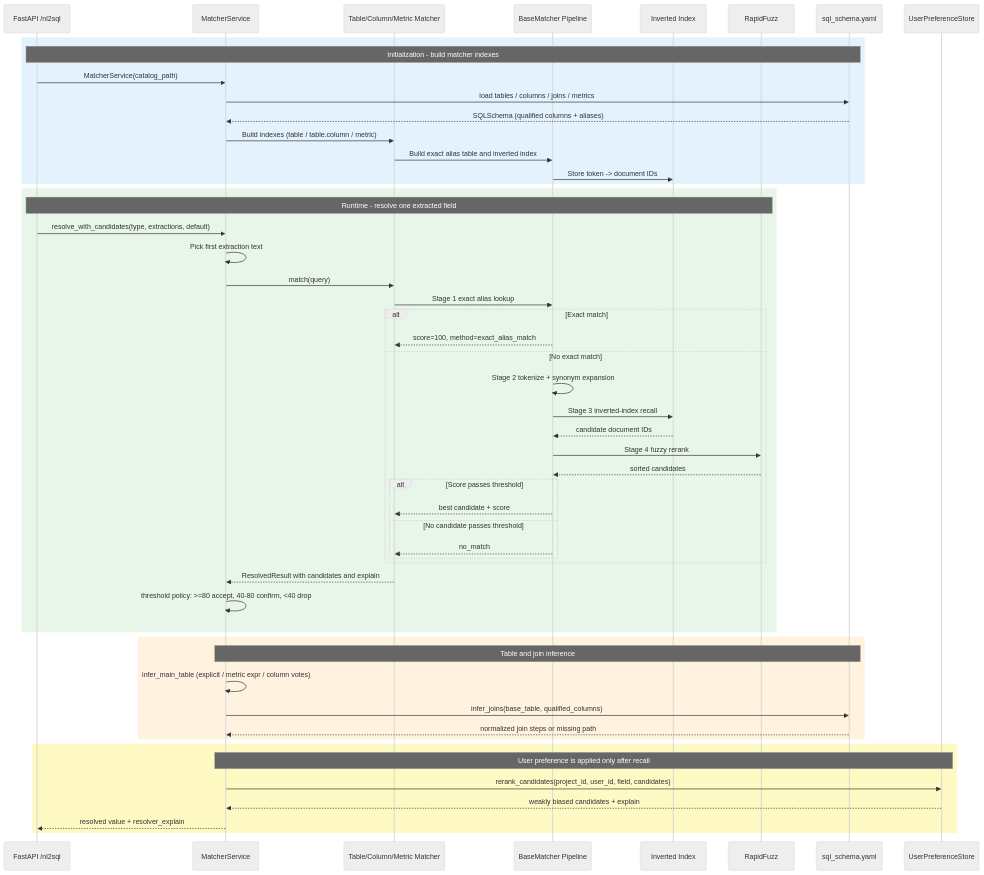
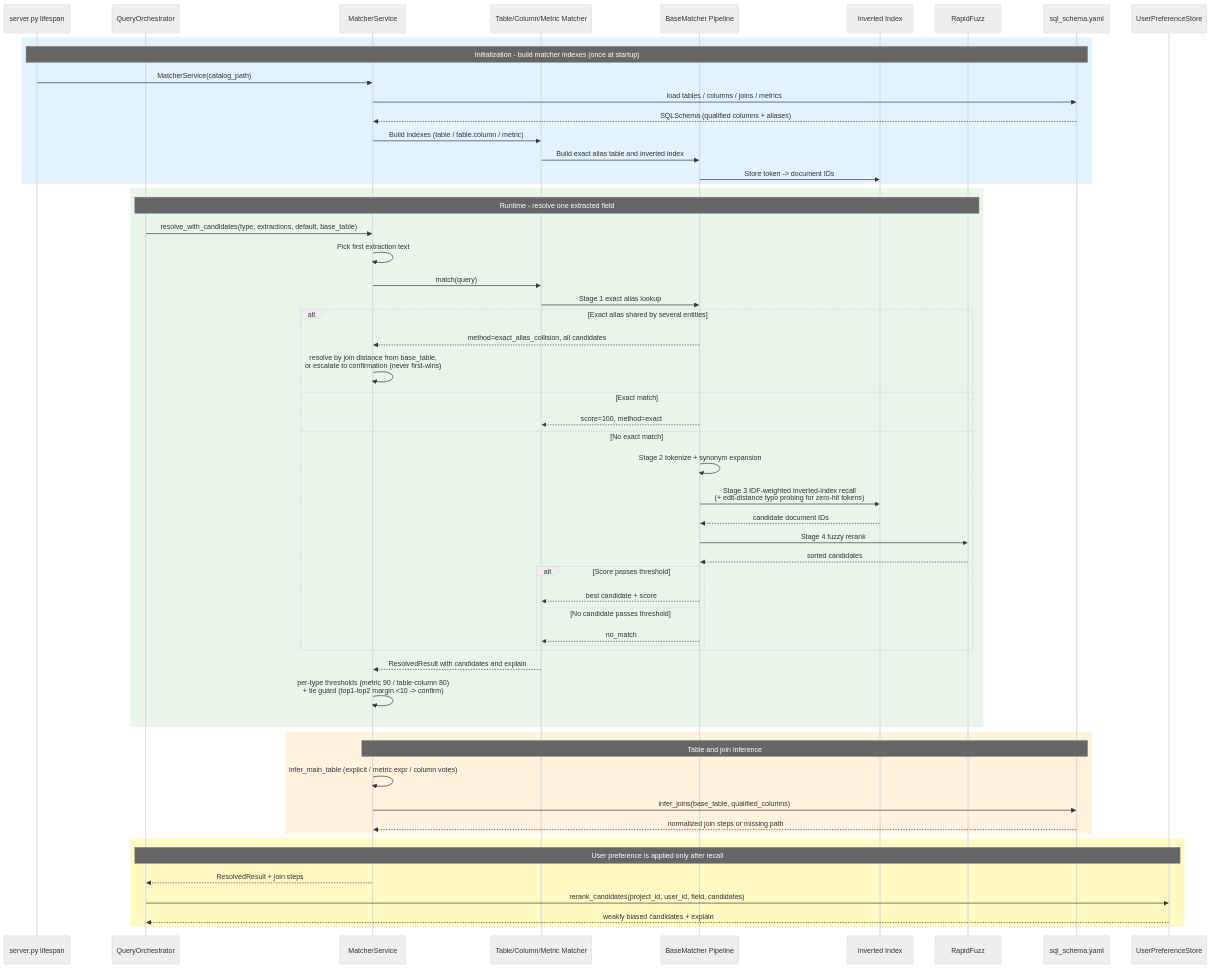
Before and after one commit to frankzh0330/query-agent: the diagram in docs/diagrams/matcher-sequence.md, drawn with Mermaid (neutral theme). The commit also changed other lines of this file and 32 other files, not shown here.

````diff
--- a/docs/diagrams/matcher-sequence.md
+++ b/docs/diagrams/matcher-sequence.md
@@ -3,59 +5,63 @@
 ```mermaid
 sequenceDiagram
-    participant API as FastAPI /nl2sql
+    participant Server as server.py lifespan
+    participant ORC as QueryOrchestrator
     participant MS as MatcherService
     participant Matcher as Table/Column/Metric Matcher
     participant Pipeline as BaseMatcher Pipeline
     participant Index as Inverted Index
     participant Fuzz as RapidFuzz
     participant Schema as sql_schema.yaml
     participant Pref as UserPreferenceStore
 
     rect rgb(227, 242, 253)
-    Note over API,Schema: Initialization - build matcher indexes
-    API->>MS: MatcherService(catalog_path)
+    Note over Server,Schema: Initialization - build matcher indexes (once at startup)
+    Server->>MS: MatcherService(catalog_path)
     MS->>Schema: load tables / columns / joins / metrics
     Schema-->>MS: SQLSchema (qualified columns + aliases)
     MS->>Matcher: Build indexes (table / table.column / metric)
     Matcher->>Pipeline: Build exact alias table and inverted index
     Pipeline->>Index: Store token -> document IDs
     end
 
     rect rgb(232, 245, 233)
-    Note over API,Fuzz: Runtime - resolve one extracted field
-    API->>MS: resolve_with_candidates(type, extractions, default)
+    Note over ORC,Fuzz: Runtime - resolve one extracted field
+    ORC->>MS: resolve_with_candidates(type, extractions, default, base_table)
     MS->>MS: Pick first extraction text
     MS->>Matcher: match(query)
     Matcher->>Pipeline: Stage 1 exact alias lookup
-    alt Exact match
-        Pipeline-->>Matcher: score=100, method=exact_alias_match
+    alt Exact alias shared by several entities
+        Pipeline-->>MS: method=exact_alias_collision, all candidates
+        MS->>MS: resolve by join distance from base_table,<br/>or escalate to confirmation (never first-wins)
+    else Exact match
+        Pipeline-->>Matcher: score=100, method=exact
     else No exact match
         Pipeline->>Pipeline: Stage 2 tokenize + synonym expansion
-        Pipeline->>Index: Stage 3 inverted-index recall
+        Pipeline->>Index: Stage 3 IDF-weighted inverted-index recall<br/>(+ edit-distance typo probing for zero-hit tokens)
         Index-->>Pipeline: candidate document IDs
         Pipeline->>Fuzz: Stage 4 fuzzy rerank
         Fuzz-->>Pipeline: sorted candidates
         alt Score passes threshold
             Pipeline-->>Matcher: best candidate + score
         else No candidate passes threshold
             Pipeline-->>Matcher: no_match
         end
     end
     Matcher-->>MS: ResolvedResult with candidates and explain
-    MS->>MS: threshold policy: >=80 accept, 40-80 confirm, <40 drop
+    MS->>MS: per-type thresholds (metric 90 / table·column 80)<br/>+ tie guard (top1-top2 margin <10 -> confirm)
     end
 
     rect rgb(255, 243, 224)
     Note over MS,Schema: Table and join inference
     MS->>MS: infer_main_table (explicit / metric expr / column votes)
     MS->>Schema: infer_joins(base_table, qualified_columns)
     Schema-->>MS: normalized join steps or missing path
     end
 
     rect rgb(255, 249, 196)
-    Note over MS,Pref: User preference is applied only after recall
-    MS->>Pref: rerank_candidates(project_id, user_id, field, candidates)
-    Pref-->>MS: weakly biased candidates + explain
-    MS-->>API: resolved value + resolver_explain
+    Note over ORC,Pref: User preference is applied only after recall
+    MS-->>ORC: ResolvedResult + join steps
+    ORC->>Pref: rerank_candidates(project_id, user_id, field, candidates)
+    Pref-->>ORC: weakly biased candidates + explain
     end
 ```
````
